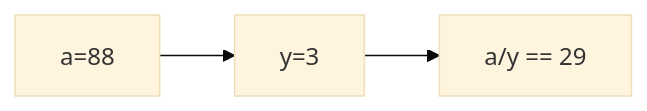
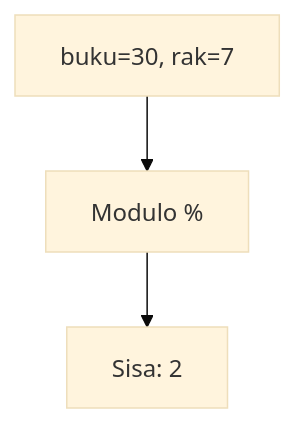
Diagram 16 of 25 in part-c-pemahaman-cpp/01-tipe-data/latihan/set-03.md (amnahwaida/OSNK_INF_PREP), drawn with Mermaid (base theme) before and after one commit. The commit also changed other lines of this file and 71 other files, not shown here.

````diff
--- a/part-c-pemahaman-cpp/01-tipe-data/latihan/set-03.md
+++ b/part-c-pemahaman-cpp/01-tipe-data/latihan/set-03.md
@@ -458,5 +449,5 @@
 ```mermaid
-graph LR
-A["a=88"] --> B["y=3"]
-B --> C["a/y == 29"]
+graph TD
+A["buku=30, rak=7"] --> B["Modulo %"]
+B --> C["Sisa: 2"]
 ```
````
